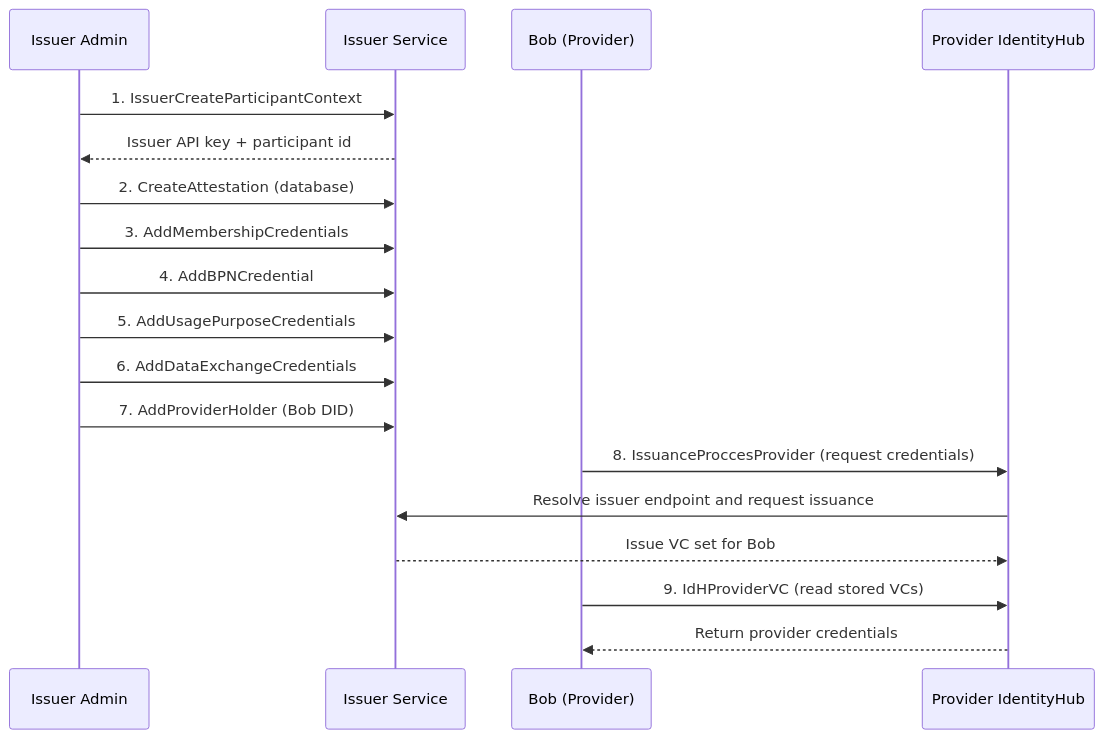
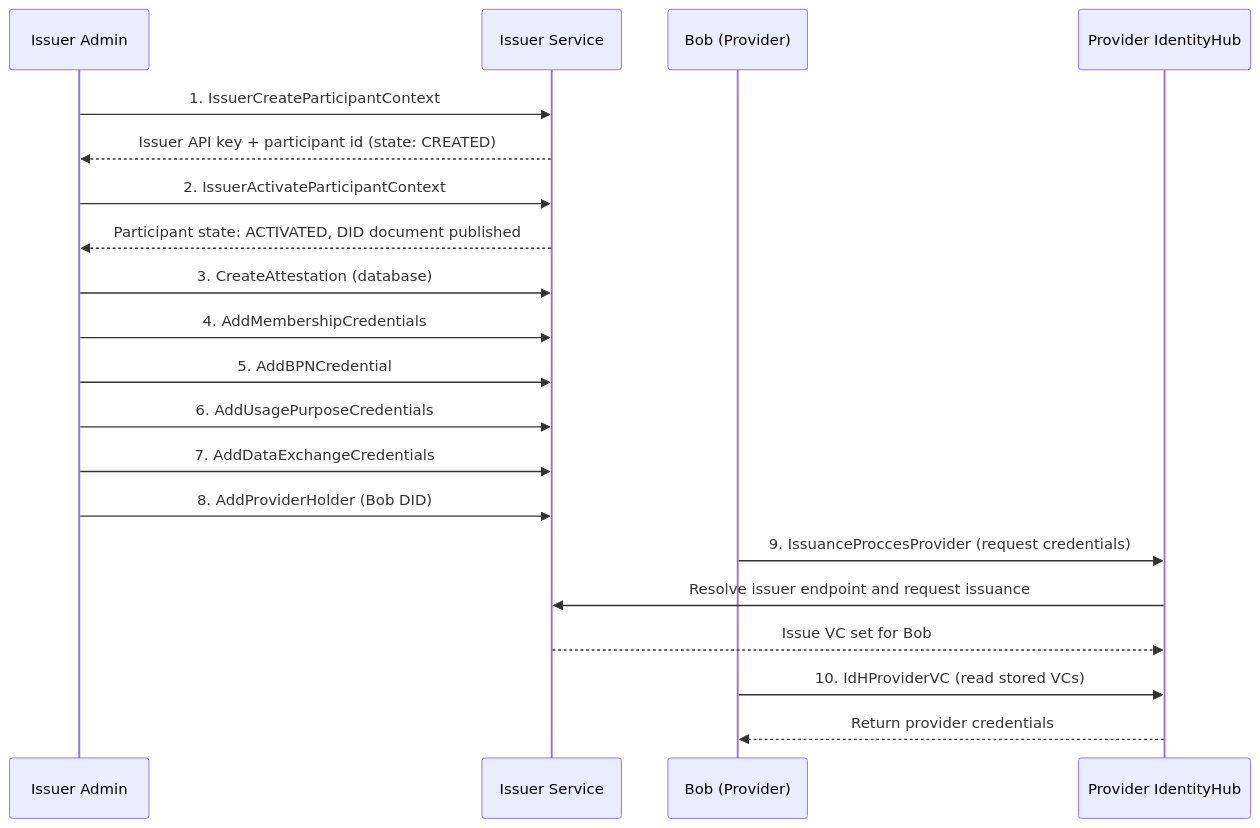
Before and after one commit to eclipse-tractusx/tractus-x-umbrella: the second of 2 diagrams in docs/user/common/guides/data-exchange/issuance.md, drawn with Mermaid. The commit also changed other lines of this file and 14 other files, not shown here.

First line of the commit message:
feat: Update Data-exchange-decentralized-identityhub walkthrough

````diff
--- a/docs/user/common/guides/data-exchange/issuance.md
+++ b/docs/user/common/guides/data-exchange/issuance.md
@@ -41,23 +43,25 @@
 ```mermaid
 sequenceDiagram
     participant Admin as Issuer Admin
     participant Issuer as Issuer Service
     participant Bob as Bob (Provider)
     participant PIH as Provider IdentityHub
 
     Admin->>Issuer: 1. IssuerCreateParticipantContext
-    Issuer-->>Admin: Issuer API key + participant id
-    Admin->>Issuer: 2. CreateAttestation (database)
-    Admin->>Issuer: 3. AddMembershipCredentials
-    Admin->>Issuer: 4. AddBPNCredential
-    Admin->>Issuer: 5. AddUsagePurposeCredentials
-    Admin->>Issuer: 6. AddDataExchangeCredentials
-    Admin->>Issuer: 7. AddProviderHolder (Bob DID)
+    Issuer-->>Admin: Issuer API key + participant id (state: CREATED)
+    Admin->>Issuer: 2. IssuerActivateParticipantContext
+    Issuer-->>Admin: Participant state: ACTIVATED, DID document published
+    Admin->>Issuer: 3. CreateAttestation (database)
+    Admin->>Issuer: 4. AddMembershipCredentials
+    Admin->>Issuer: 5. AddBPNCredential
+    Admin->>Issuer: 6. AddUsagePurposeCredentials
+    Admin->>Issuer: 7. AddDataExchangeCredentials
+    Admin->>Issuer: 8. AddProviderHolder (Bob DID)
 
-    Bob->>PIH: 8. IssuanceProccesProvider (request credentials)
+    Bob->>PIH: 9. IssuanceProccesProvider (request credentials)
     PIH->>Issuer: Resolve issuer endpoint and request issuance
     Issuer-->>PIH: Issue VC set for Bob
 
-    Bob->>PIH: 9. IdHProviderVC (read stored VCs)
+    Bob->>PIH: 10. IdHProviderVC (read stored VCs)
     PIH-->>Bob: Return provider credentials
 ```
````
